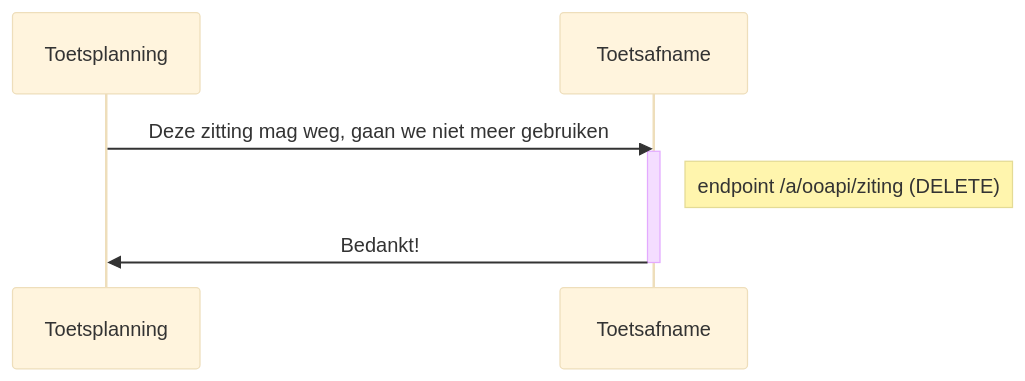
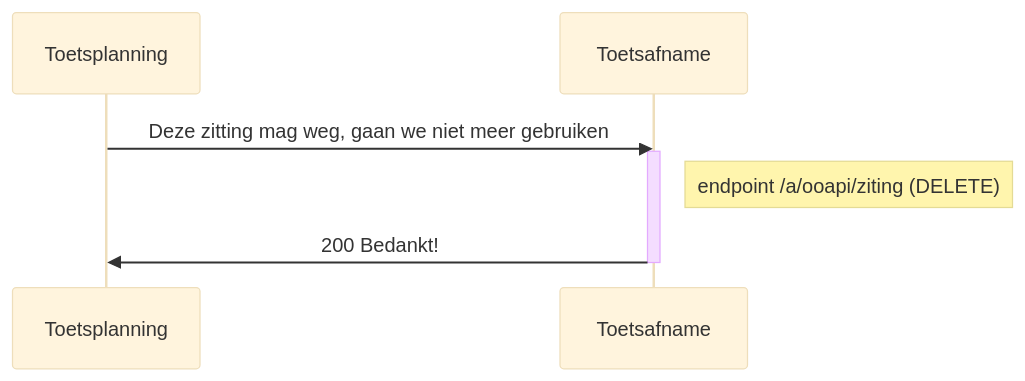
Before and after one commit to NetwerkExamineringDigitalisering/NED-OOAPI: the fifth of 5 diagrams in doc/diagrams/flow2.md, drawn with Mermaid (base theme). The commit also changed other lines of this file, not shown here.

````diff
--- a/doc/diagrams/flow2.md
+++ b/doc/diagrams/flow2.md
@@ -57,8 +69,8 @@
 ```mermaid
 sequenceDiagram
     Toetsplanning->>Toetsafname: Deze zitting mag weg, gaan we niet meer gebruiken
     activate Toetsafname
     Note right of Toetsafname: endpoint /a/ooapi/ziting (DELETE)
-    Toetsafname->>Toetsplanning: Bedankt!
+    Toetsafname->>Toetsplanning: 200 Bedankt!
     deactivate Toetsafname
 ```
````
